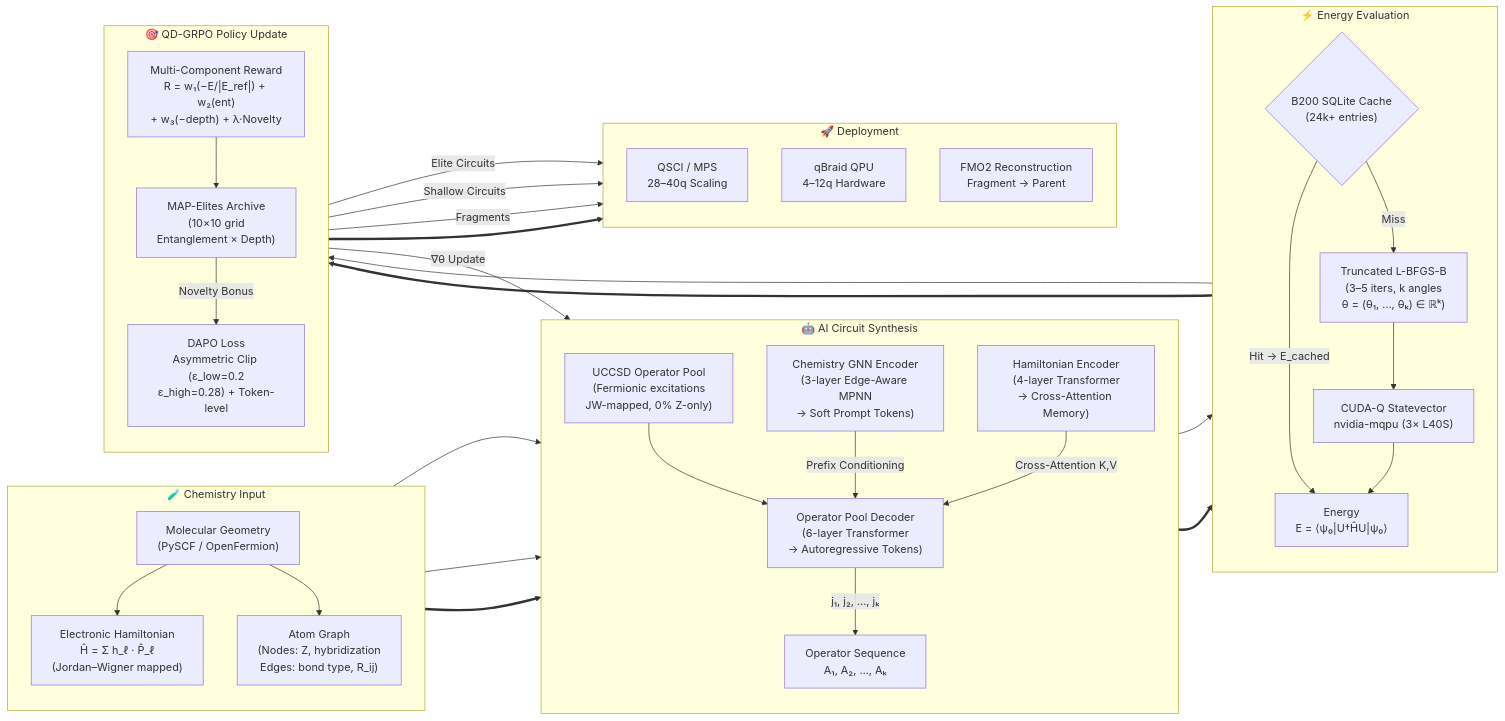
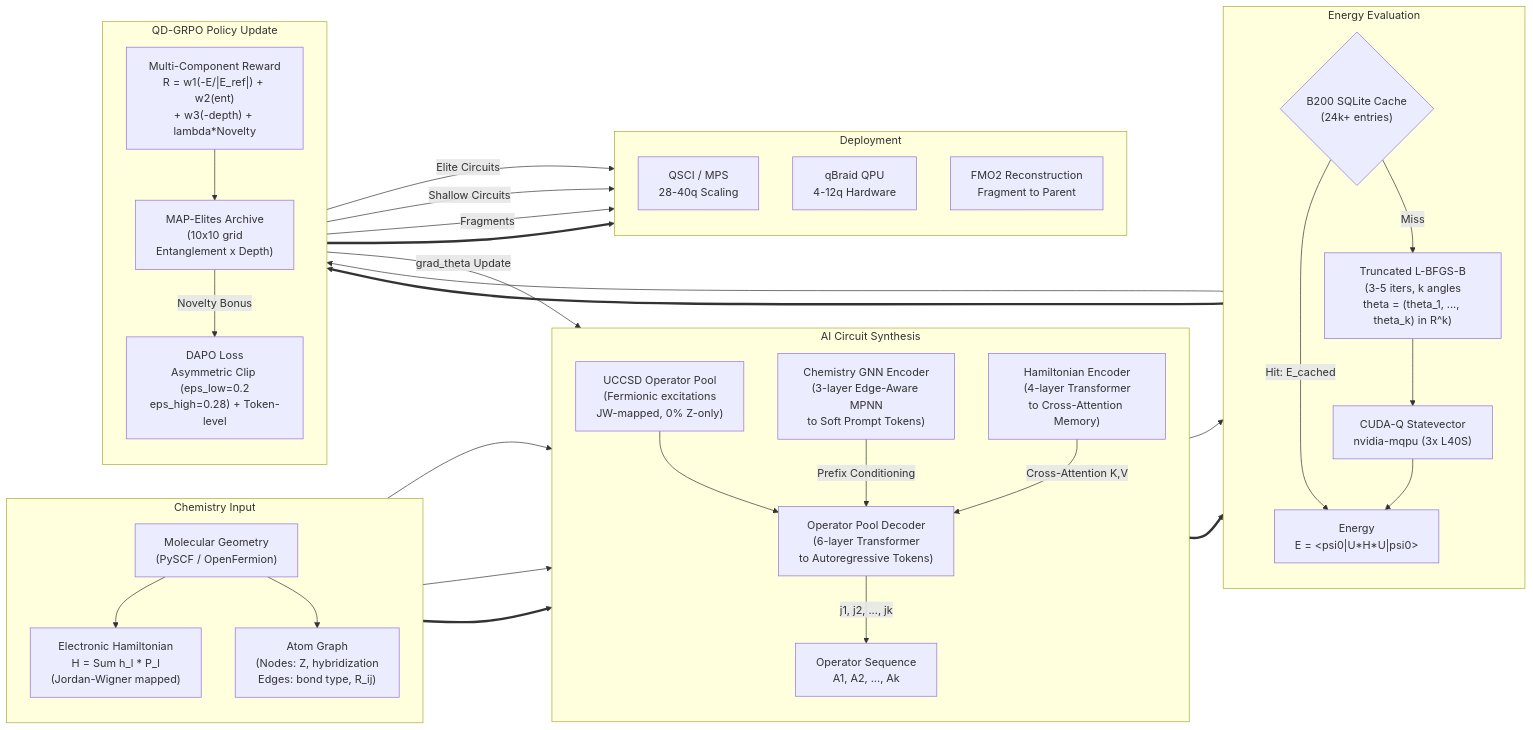
The first of 11 diagrams in README.md (Quantum-Buddies/Conditional-GQE_materials), drawn with Mermaid before and after one commit. The commit also changed other lines of this file, not shown here.

First line of the commit message:
fix: replace all Unicode with ASCII in Mermaid diagrams for GitHub rendering

````diff
--- a/README.md
+++ b/README.md
@@ -60,60 +60,60 @@
 ```mermaid
 flowchart LR
-    subgraph Chem ["🧪 Chemistry Input"]
+    subgraph Chem ["Chemistry Input"]
         direction TB
         Mol["Molecular Geometry<br>(PySCF / OpenFermion)"]
-        Ham["Electronic Hamiltonian<br>Ĥ = Σ h_ℓ · P̂_ℓ<br>(Jordan–Wigner mapped)"]
+        Ham["Electronic Hamiltonian<br>H = Sum h_l * P_l<br>(Jordan-Wigner mapped)"]
         Graph["Atom Graph<br>(Nodes: Z, hybridization<br>Edges: bond type, R_ij)"]
         Mol --> Ham
         Mol --> Graph
     end
 
-    subgraph AI ["🤖 AI Circuit Synthesis"]
+    subgraph AI ["AI Circuit Synthesis"]
         direction TB
-        GNN["Chemistry GNN Encoder<br>(3-layer Edge-Aware MPNN<br>→ Soft Prompt Tokens)"]
-        HEnc["Hamiltonian Encoder<br>(4-layer Transformer<br>→ Cross-Attention Memory)"]
-        Dec["Operator Pool Decoder<br>(6-layer Transformer<br>→ Autoregressive Tokens)"]
+        GNN["Chemistry GNN Encoder<br>(3-layer Edge-Aware MPNN<br>to Soft Prompt Tokens)"]
+        HEnc["Hamiltonian Encoder<br>(4-layer Transformer<br>to Cross-Attention Memory)"]
+        Dec["Operator Pool Decoder<br>(6-layer Transformer<br>to Autoregressive Tokens)"]
         Pool["UCCSD Operator Pool<br>(Fermionic excitations<br>JW-mapped, 0% Z-only)"]
         Graph --> GNN
         Ham --> HEnc
         Pool --> Dec
         GNN -->|"Prefix Conditioning"| Dec
         HEnc -->|"Cross-Attention K,V"| Dec
-        Dec -->|"j₁, j₂, …, jₖ"| Seq["Operator Sequence<br>A₁, A₂, …, Aₖ"]
+        Dec -->|"j1, j2, ..., jk"| Seq["Operator Sequence<br>A1, A2, ..., Ak"]
     end
 
-    subgraph Eval ["⚡ Energy Evaluation"]
+    subgraph Eval ["Energy Evaluation"]
         direction TB
         Cache{"B200 SQLite Cache<br>(24k+ entries)"}
-        LBFGS["Truncated L-BFGS-B<br>(3–5 iters, k angles<br>θ = (θ₁, …, θₖ) ∈ ℝᵏ)"]
-        CUDAQ["CUDA-Q Statevector<br>nvidia-mqpu (3× L40S)"]
-        Cache -->|"Hit → E_cached"| E["Energy<br>E = ⟨ψ₀|U†ĤU|ψ₀⟩"]
+        LBFGS["Truncated L-BFGS-B<br>(3-5 iters, k angles<br>theta = (theta_1, ..., theta_k) in R^k)"]
+        CUDAQ["CUDA-Q Statevector<br>nvidia-mqpu (3x L40S)"]
+        Cache -->|"Hit: E_cached"| E["Energy<br>E = &lt;psi0|U*H*U|psi0&gt;"]
         Cache -->|"Miss"| LBFGS
         LBFGS --> CUDAQ
         CUDAQ --> E
         Seq --> Cache
     end
 
-    subgraph RL ["🎯 QD-GRPO Policy Update"]
+    subgraph RL ["QD-GRPO Policy Update"]
         direction TB
-        Reward["Multi-Component Reward<br>R = w₁(−E/|E_ref|) + w₂(ent)<br>+ w₃(−depth) + λ·Novelty"]
-        ME["MAP-Elites Archive<br>(10×10 grid<br>Entanglement × Depth)"]
-        DAPO["DAPO Loss<br>Asymmetric Clip (ε_low=0.2<br>ε_high=0.28) + Token-level"]
+        Reward["Multi-Component Reward<br>R = w1(-E/|E_ref|) + w2(ent)<br>+ w3(-depth) + lambda*Novelty"]
+        ME["MAP-Elites Archive<br>(10x10 grid<br>Entanglement x Depth)"]
+        DAPO["DAPO Loss<br>Asymmetric Clip (eps_low=0.2<br>eps_high=0.28) + Token-level"]
         E --> Reward
         Reward --> ME
         ME -->|"Novelty Bonus"| DAPO
-        DAPO -->|"∇θ Update"| Dec
+        DAPO -->|"grad_theta Update"| Dec
     end
 
-    subgraph Deploy ["🚀 Deployment"]
+    subgraph Deploy ["Deployment"]
         direction TB
-        QSCI["QSCI / MPS<br>28–40q Scaling"]
-        QPU["qBraid QPU<br>4–12q Hardware"]
-        FMO["FMO2 Reconstruction<br>Fragment → Parent"]
+        QSCI["QSCI / MPS<br>28-40q Scaling"]
+        QPU["qBraid QPU<br>4-12q Hardware"]
+        FMO["FMO2 Reconstruction<br>Fragment to Parent"]
         ME -->|"Elite Circuits"| QSCI
         ME -->|"Shallow Circuits"| QPU
         ME -->|"Fragments"| FMO
     end
 
     Chem ==> AI ==> Eval ==> RL ==> Deploy
 ```
````
